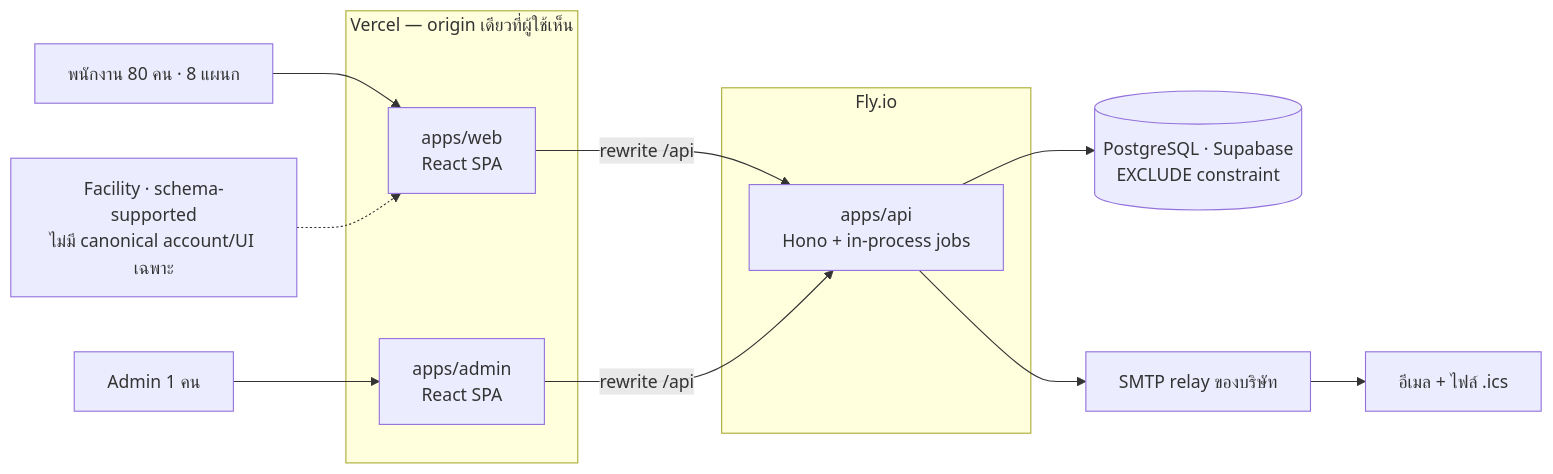
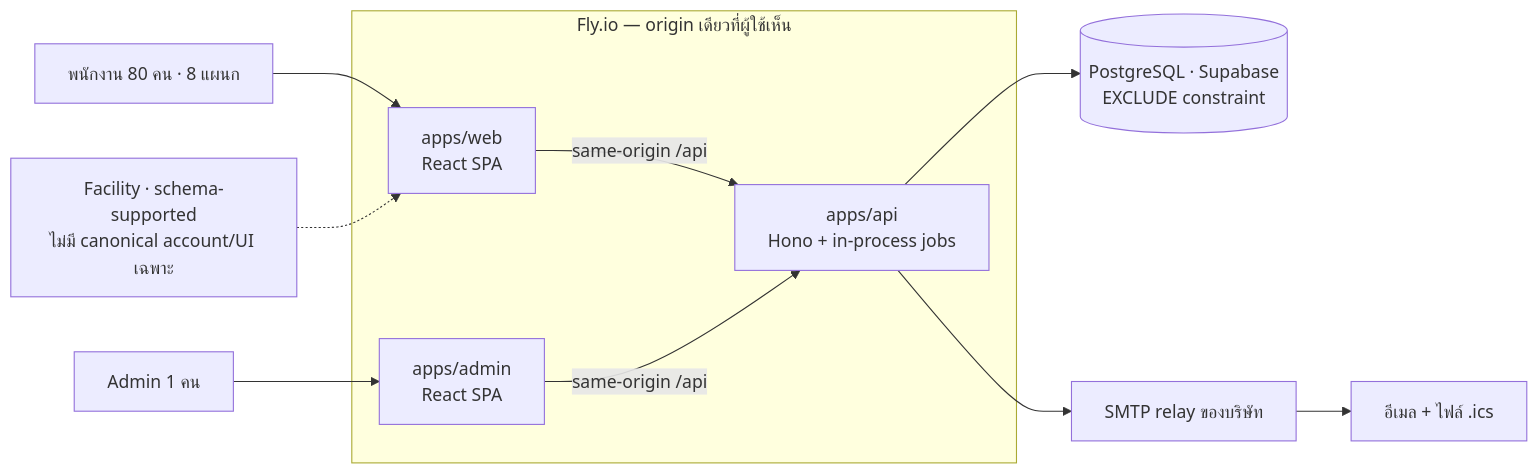
One commit to greentea01x/reserve-flow changed the diagram in docs/spec/diagrams/src/system-context.mmd. Above: the diagram before and after it, drawn with Mermaid. The commit also changed 28 other files, not shown here.

```diff
--- a/docs/spec/diagrams/src/system-context.mmd
+++ b/docs/spec/diagrams/src/system-context.mmd
@@ -1,24 +1,22 @@
 %% title: ภาพรวมระบบและผู้เกี่ยวข้อง
 %% id: system-context
 flowchart LR
   EMP["พนักงาน 80 คน · 8 แผนก"]
   ADM["Admin 1 คน"]
   FAC["Facility · schema-supported<br/>ไม่มี canonical account/UI เฉพาะ"]
-  subgraph VERCEL["Vercel — origin เดียวที่ผู้ใช้เห็น"]
+  subgraph FLY["Fly.io — origin เดียวที่ผู้ใช้เห็น"]
     WEB["apps/web<br/>React SPA"]
     ADMAPP["apps/admin<br/>React SPA"]
-  end
-  subgraph FLY["Fly.io"]
     API["apps/api<br/>Hono + in-process jobs"]
   end
   DB[("PostgreSQL · Supabase<br/>EXCLUDE constraint")]
   SMTP["SMTP relay ของบริษัท"]
   MAIL["อีเมล + ไฟล์ .ics"]
   EMP --> WEB
   ADM --> ADMAPP
   FAC -.-> WEB
-  WEB -->|"rewrite /api"| API
-  ADMAPP -->|"rewrite /api"| API
+  WEB -->|"same-origin /api"| API
+  ADMAPP -->|"same-origin /api"| API
   API --> DB
   API --> SMTP
   SMTP --> MAIL
```
